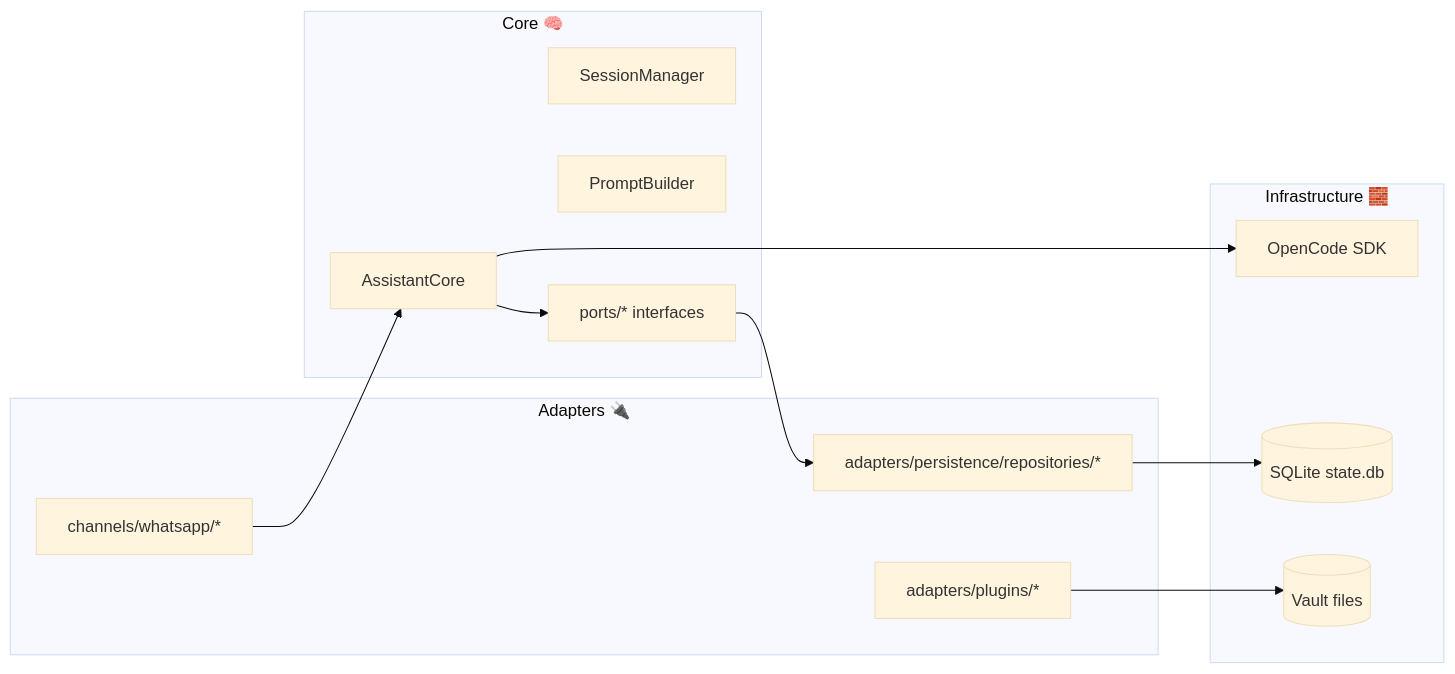
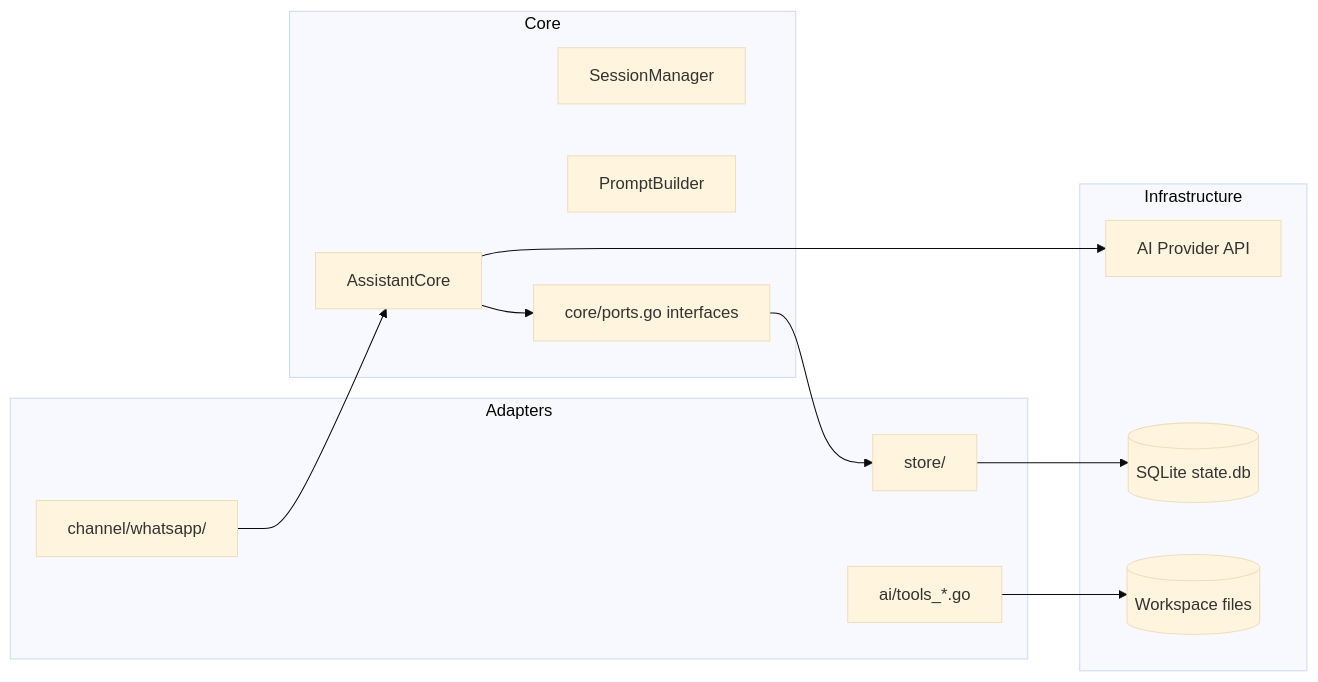
The second of 5 diagrams in docs/architecture/coding-architecture.md (alexradunet/pocketbrain), drawn with Mermaid (base theme) before and after one commit. The commit also changed other lines of this file and 29 other files, not shown here.

````diff
--- a/docs/architecture/coding-architecture.md
+++ b/docs/architecture/coding-architecture.md
@@ -29,28 +29,28 @@
 ```mermaid
 flowchart LR
-  subgraph Core[Core 🧠]
+  subgraph Core[Core]
     AC[AssistantCore]
     SM[SessionManager]
     PB[PromptBuilder]
-    Ports[ports/* interfaces]
+    Ports[core/ports.go interfaces]
   end
 
-  subgraph Adapters[Adapters 🔌]
-    WA[channels/whatsapp/*]
-    SQL[adapters/persistence/repositories/*]
-    Plugins[adapters/plugins/*]
+  subgraph Adapters[Adapters]
+    WA[channel/whatsapp/]
+    SQL[store/]
+    Tools[ai/tools_*.go]
   end
 
-  subgraph Infra[Infrastructure 🧱]
-    OC[OpenCode SDK]
+  subgraph Infra[Infrastructure]
+    Provider[AI Provider API]
     DB[(SQLite state.db)]
-    VF[(Vault files)]
+    WS[(Workspace files)]
   end
 
   AC --> Ports
   WA --> AC
   SQL --> DB
-  Plugins --> VF
-  AC --> OC
+  Tools --> WS
+  AC --> Provider
   Ports --> SQL
 ```
````
